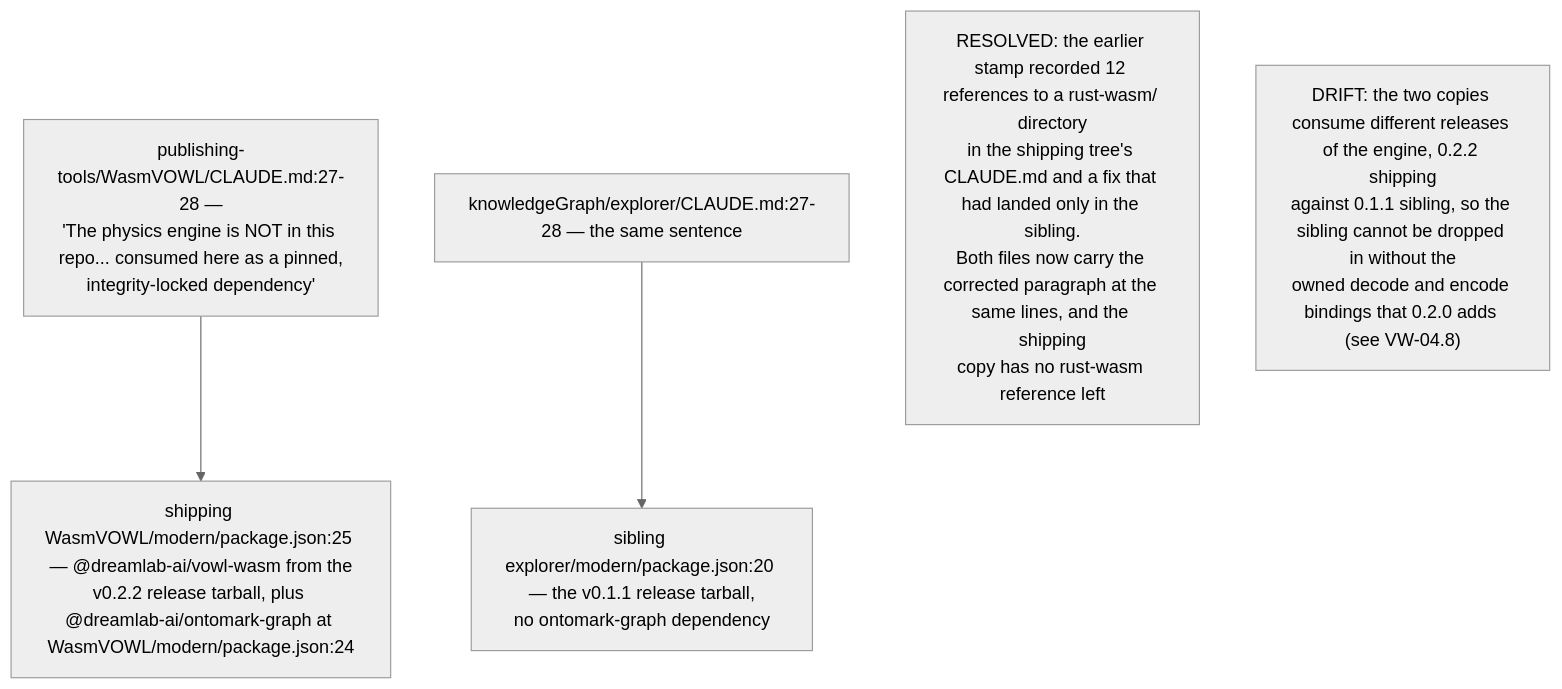
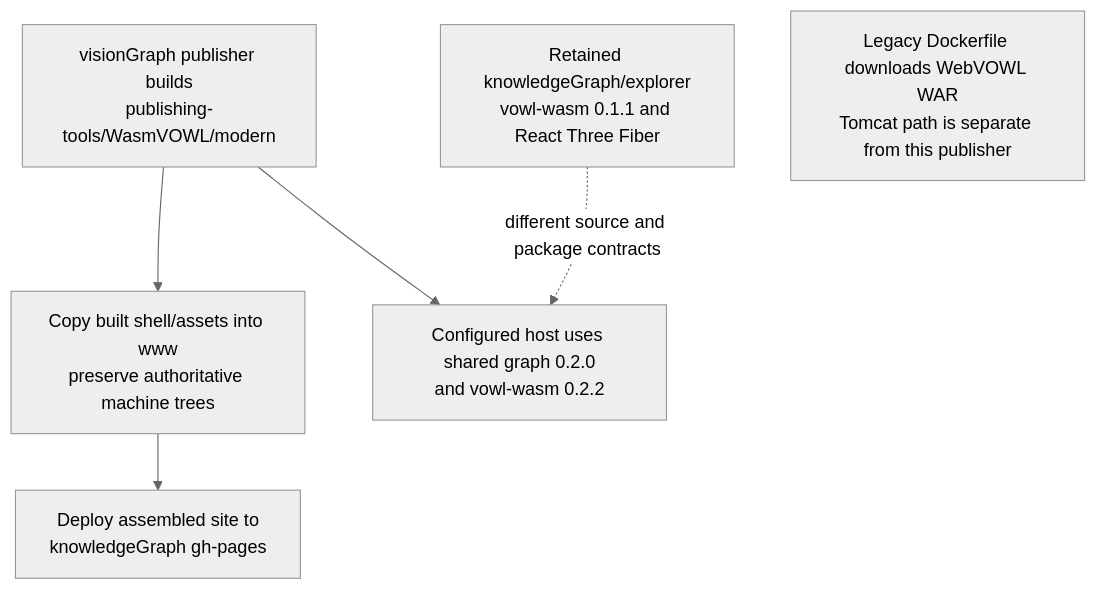
Before and after one commit to DreamLab-AI/VisionFlow: the first of 6 diagrams in docs/diagrams/visiongraph/06-shipping-explorer-duplication.md, drawn with Mermaid (neutral theme). The commit also changed other lines of this file and 28 other files, not shown here.

Commit message:
docs: audit visionGraph explorer and shared-profile decision

````diff
--- a/docs/diagrams/visiongraph/06-shipping-explorer-duplication.md
+++ b/docs/diagrams/visiongraph/06-shipping-explorer-duplication.md
@@ -48,11 +42,17 @@
 ```mermaid
 flowchart TB
-    SHIPCM["publishing-tools/WasmVOWL/CLAUDE.md:27-28 —<br/>'The physics engine is NOT in this repo... consumed here as a pinned,<br/>integrity-locked dependency'"]
-    SIBCM["knowledgeGraph/explorer/CLAUDE.md:27-28 — the same sentence"]
-    SHIPPKG["shipping WasmVOWL/modern/package.json:25 — @dreamlab-ai/vowl-wasm from the<br/>v0.2.2 release tarball, plus @dreamlab-ai/ontomark-graph at WasmVOWL/modern/package.json:24"]
-    SIBPKG["sibling explorer/modern/package.json:20 — the v0.1.1 release tarball,<br/>no ontomark-graph dependency"]
-    SHIPCM --> SHIPPKG
-    SIBCM --> SIBPKG
-    note1["RESOLVED: the earlier stamp recorded 12 references to a rust-wasm/ directory<br/>in the shipping tree's CLAUDE.md and a fix that had landed only in the sibling.<br/>Both files now carry the corrected paragraph at the same lines, and the shipping<br/>copy has no rust-wasm reference left"]
-    note2["DRIFT: the two copies consume different releases of the engine, 0.2.2 shipping<br/>against 0.1.1 sibling, so the sibling cannot be dropped in without the<br/>owned decode and encode bindings that 0.2.0 adds #40;see VW-04.8#41;"]
+    %% Source: ../visionGraph/.github/workflows/publish.yml:421
+    A["visionGraph publisher builds<br/>publishing-tools/WasmVOWL/modern"]
+    %% Source: ../visionGraph/.github/workflows/publish.yml:441
+    A --> B["Copy built shell/assets into www<br/>preserve authoritative machine trees"]
+    %% Source: ../visionGraph/.github/workflows/publish.yml:526
+    B --> C["Deploy assembled site to<br/>knowledgeGraph gh-pages"]
+    %% Source: ../knowledgeGraph/explorer/modern/package.json:20
+    D["Retained knowledgeGraph/explorer<br/>vowl-wasm 0.1.1 and React Three Fiber"]
+    %% Source: ../visionGraph/publishing-tools/WasmVOWL/modern/package.json:24
+    A --> E["Configured host uses shared graph 0.2.0<br/>and vowl-wasm 0.2.2"]
+    D -.->|"different source and package contracts"| E
+    %% Source: ../visionGraph/publishing-tools/WasmVOWL/Dockerfile:6
+    %% Source: ../visionGraph/publishing-tools/WasmVOWL/Dockerfile:13
+    F["Legacy Dockerfile downloads WebVOWL WAR<br/>Tomcat path is separate from this publisher"]
 ```
````
